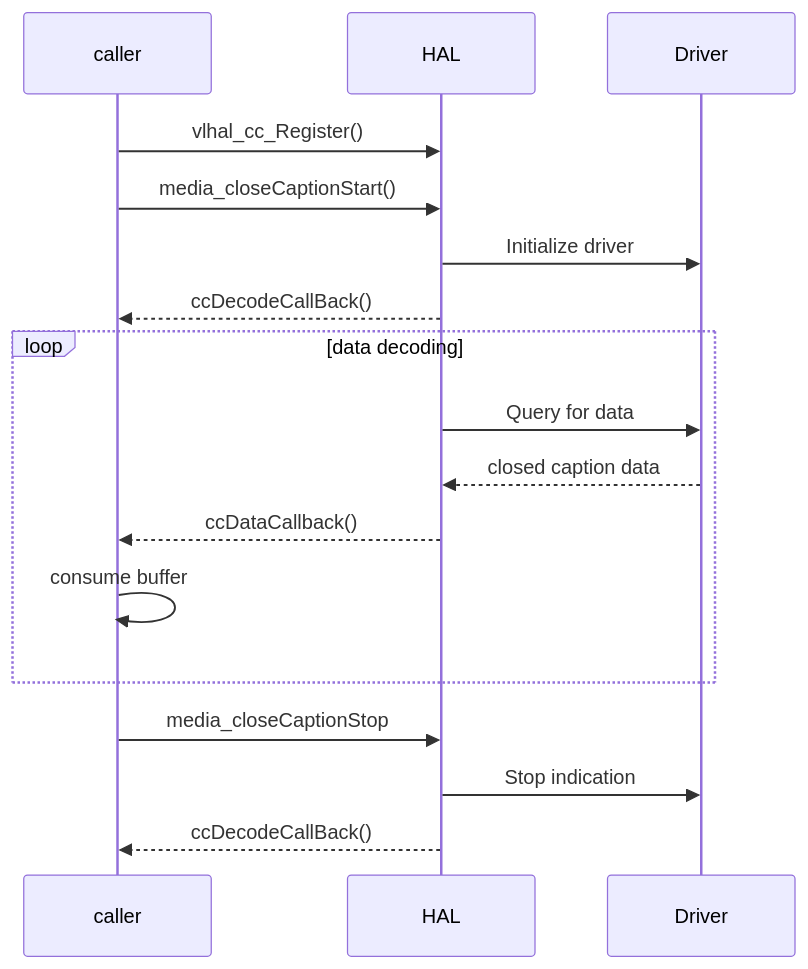
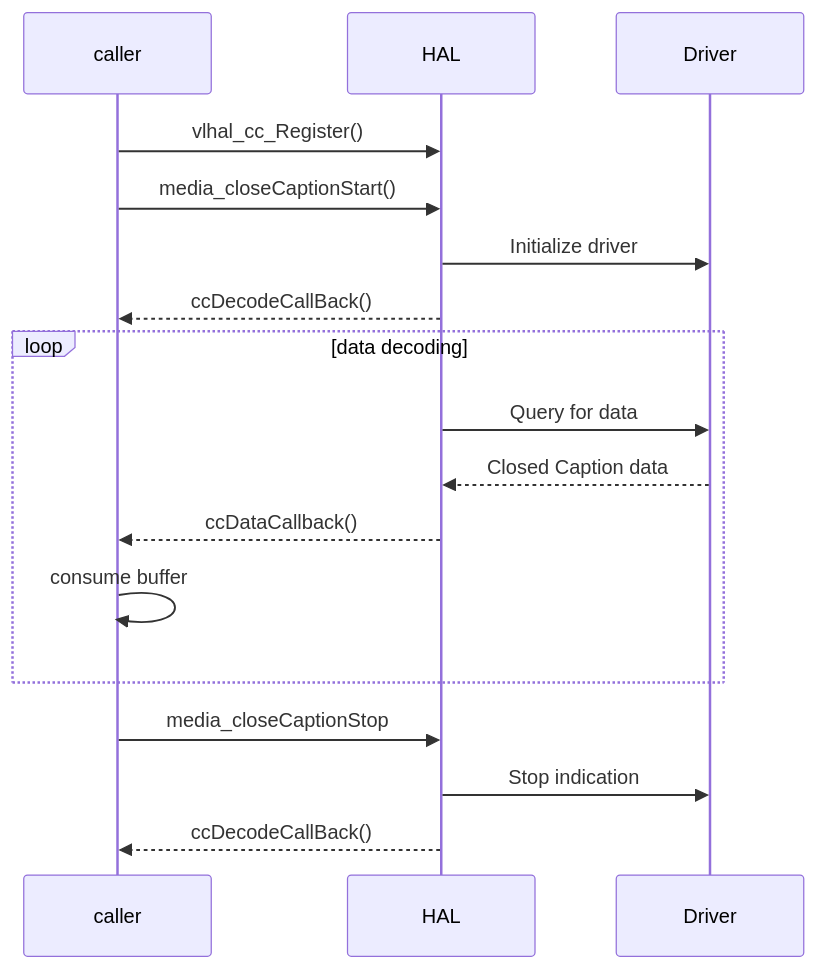
The second of 2 diagrams in docs/pages/halSpec.md (rdkcentral/rdk-halif-closed_captions), drawn with Mermaid before and after one commit. The commit also changed other lines of this file, not shown here.

First line of the commit message:
Update halSpec.md

````diff
--- a/docs/pages/halSpec.md
+++ b/docs/pages/halSpec.md
@@ -161,19 +160,19 @@
 ```mermaid
    sequenceDiagram
     participant caller
     participant HAL
     participant Driver
     caller->>HAL: vlhal_cc_Register()
     caller->>HAL:media_closeCaptionStart()
     HAL->>Driver:Initialize driver
     HAL-->> caller : ccDecodeCallBack()
     loop data decoding
         HAL->>Driver : Query for data
-        Driver-->>HAL : closed caption data
+        Driver-->>HAL : Closed Caption data
         HAL-->>caller: ccDataCallback()
         caller->>caller:consume buffer
     end
     caller->>HAL: media_closeCaptionStop
     HAL->>Driver: Stop indication
     HAL-->>caller: ccDecodeCallBack()
  ```
````
